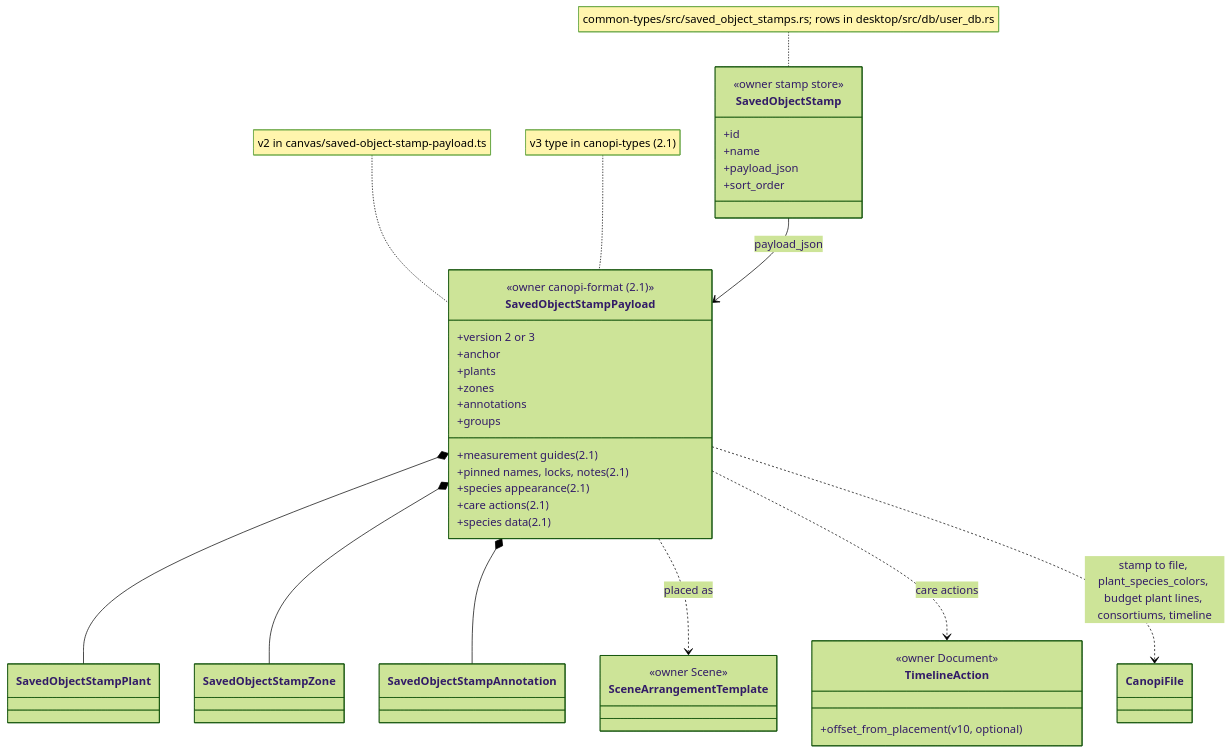
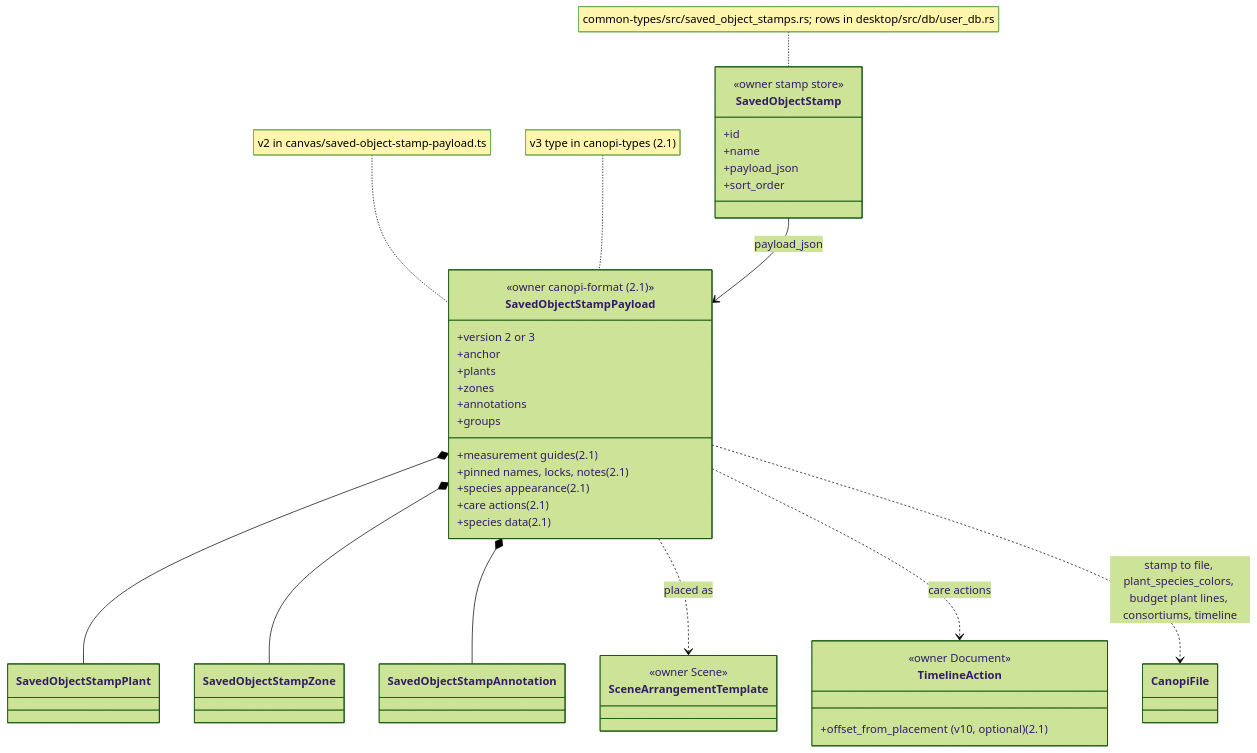
The fourth of 5 diagrams in docs/architecture/data-design.md (opencanopi/canopi), drawn with Mermaid (forest theme) before and after one commit. The commit also changed 3 other files, not shown here.

````diff
--- a/docs/architecture/data-design.md
+++ b/docs/architecture/data-design.md
@@ -174,44 +174,44 @@
 ```mermaid
 classDiagram
   class SavedObjectStamp {
     <<owner stamp store>>
     +id
     +name
     +payload_json
     +sort_order
   }
   class SavedObjectStampPayload {
     <<owner canopi-format (2.1)>>
     +version 2 or 3
     +anchor
     +plants
     +zones
     +annotations
     +groups
     +measurement guides (2.1)
     +pinned names, locks, notes (2.1)
     +species appearance (2.1)
     +care actions (2.1)
     +species data (2.1)
   }
   class SavedObjectStampPlant
   class SavedObjectStampZone
   class SavedObjectStampAnnotation
   class TimelineAction {
     <<owner Document>>
-    +offset_from_placement (v10, optional)
+    +offset_from_placement (v10, optional) (2.1)
   }
   class SceneArrangementTemplate {
     <<owner Scene>>
   }
   SavedObjectStamp --> SavedObjectStampPayload : payload_json
   SavedObjectStampPayload *-- SavedObjectStampPlant
   SavedObjectStampPayload *-- SavedObjectStampZone
   SavedObjectStampPayload *-- SavedObjectStampAnnotation
   SavedObjectStampPayload ..> SceneArrangementTemplate : placed as
   SavedObjectStampPayload ..> TimelineAction : care actions
   SavedObjectStampPayload ..> CanopiFile : stamp to file, plant_species_colors, budget plant lines, consortiums, timeline
   note for SavedObjectStampPayload "v2 in canvas/saved-object-stamp-payload.ts"
   note for SavedObjectStampPayload "v3 type in canopi-types (2.1)"
   note for SavedObjectStamp "common-types/src/saved_object_stamps.rs; rows in desktop/src/db/user_db.rs"
 ```
````
